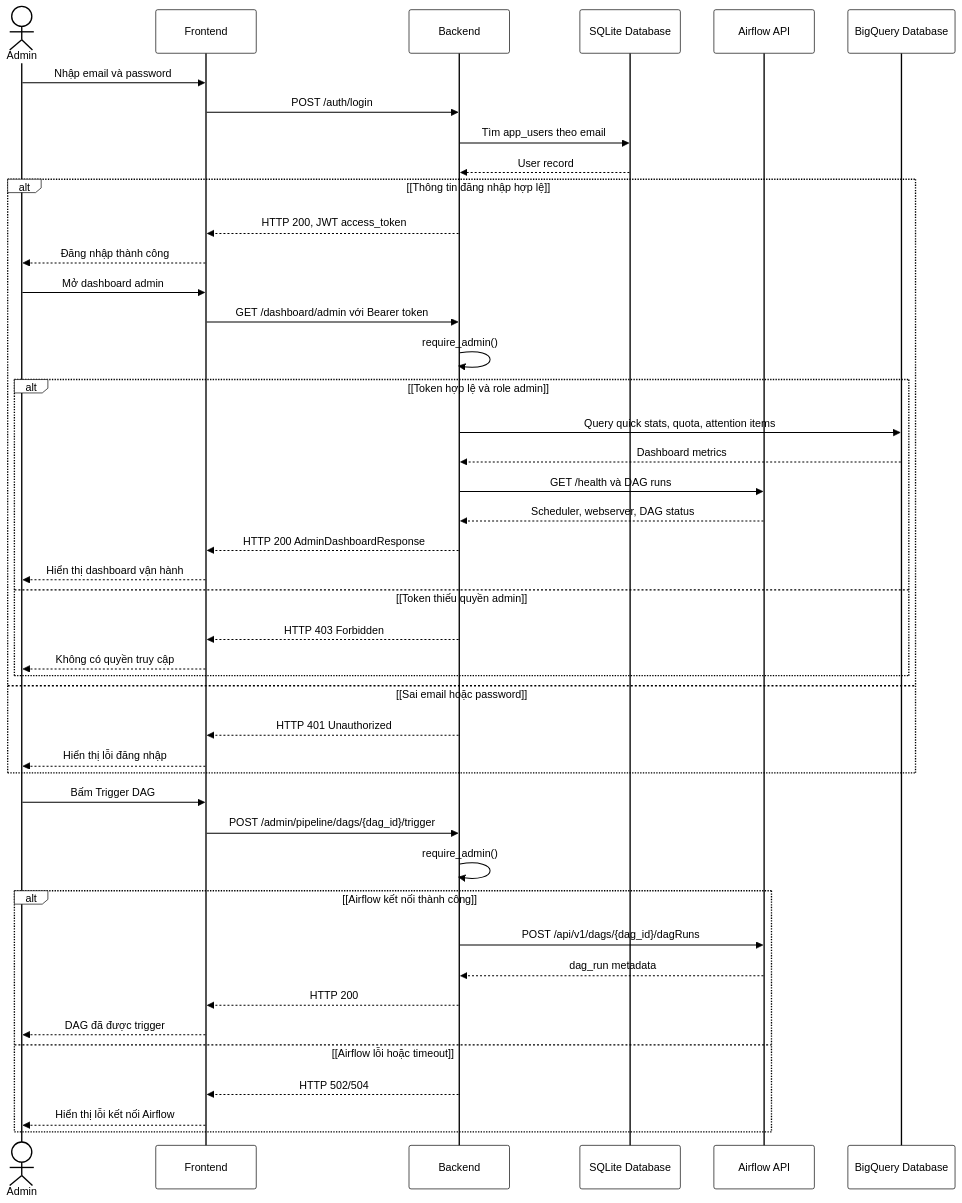
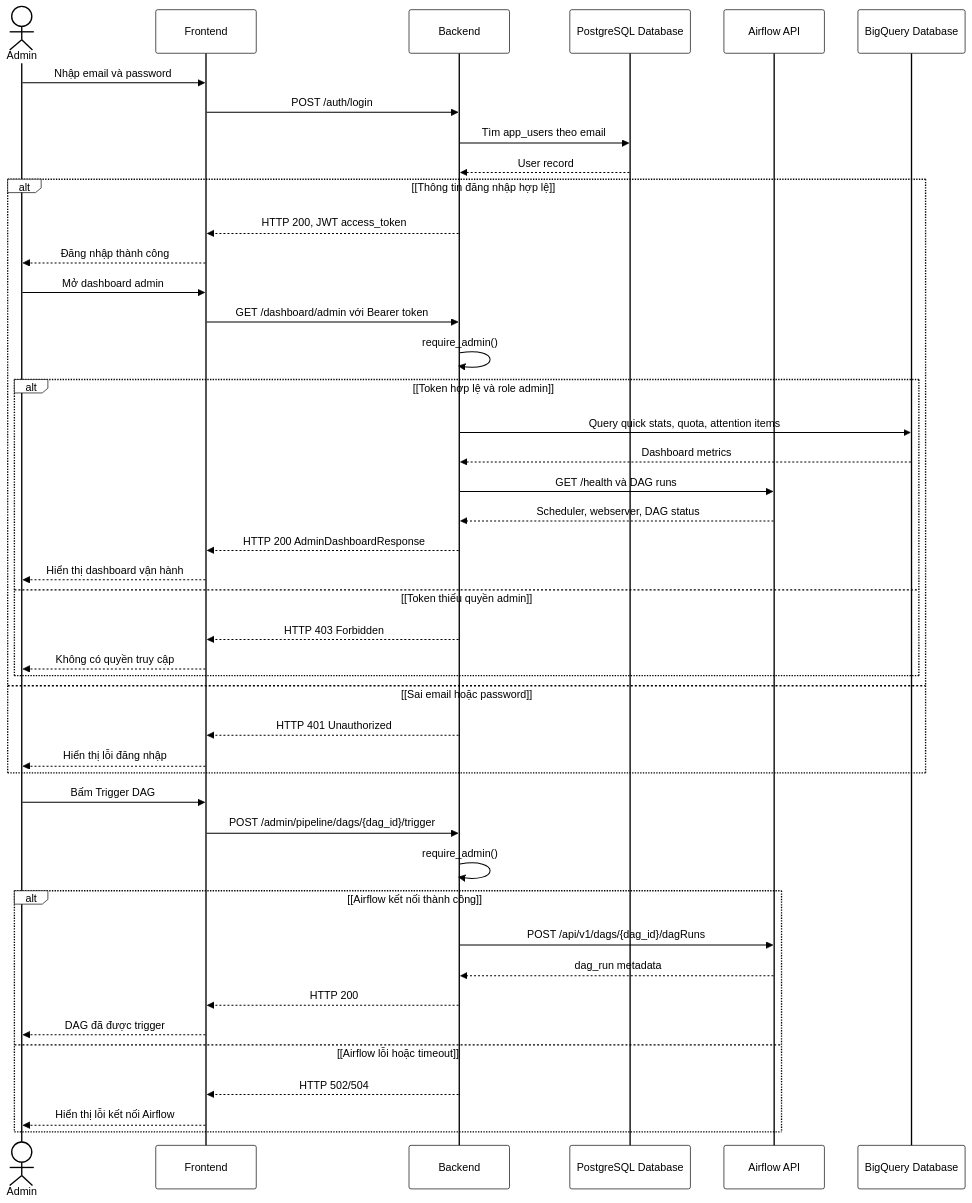
The tenth of 11 diagrams in docs/sequence-diagrams.md (Kama-khoa/Social_media_sentiment_pipeline), drawn with Mermaid before and after one commit. The commit also changed 32 other files, not shown here.

````diff
--- a/docs/sequence-diagrams.md
+++ b/docs/sequence-diagrams.md
@@ -478,52 +478,52 @@
 ```mermaid
 %%{init: {"theme": "base", "themeVariables": {"background": "#ffffff", "primaryColor": "#ffffff", "primaryBorderColor": "#000000", "primaryTextColor": "#000000", "lineColor": "#000000", "secondaryColor": "#ffffff", "tertiaryColor": "#ffffff", "actorBorder": "#000000", "actorTextColor": "#000000", "signalColor": "#000000", "signalTextColor": "#000000", "noteBkgColor": "#ffffff", "noteTextColor": "#000000", "noteBorderColor": "#000000", "activationBorderColor": "#000000", "activationBkgColor": "#ffffff"}}}%%
 sequenceDiagram
     actor Admin as Admin
     participant FE as Frontend
     participant BE as Backend
-    participant LocalDB as SQLite Database
+    participant PostgresDB as PostgreSQL Database
     participant Airflow as Airflow API
     participant DB as BigQuery Database
 
     Admin->>FE: Nhập email và password
     FE->>BE: POST /auth/login
-    BE->>LocalDB: Tìm app_users theo email
-    LocalDB-->>BE: User record
+    BE->>PostgresDB: Tìm app_users theo email
+    PostgresDB-->>BE: User record
 
     alt [Thông tin đăng nhập hợp lệ]
         BE-->>FE: HTTP 200, JWT access_token
         FE-->>Admin: Đăng nhập thành công
         Admin->>FE: Mở dashboard admin
         FE->>BE: GET /dashboard/admin với Bearer token
         BE->>BE: require_admin()
 
         alt [Token hợp lệ và role admin]
             BE->>DB: Query quick stats, quota, attention items
             DB-->>BE: Dashboard metrics
             BE->>Airflow: GET /health và DAG runs
             Airflow-->>BE: Scheduler, webserver, DAG status
             BE-->>FE: HTTP 200 AdminDashboardResponse
             FE-->>Admin: Hiển thị dashboard vận hành
         else [Token thiếu quyền admin]
             BE-->>FE: HTTP 403 Forbidden
             FE-->>Admin: Không có quyền truy cập
         end
     else [Sai email hoặc password]
         BE-->>FE: HTTP 401 Unauthorized
         FE-->>Admin: Hiển thị lỗi đăng nhập
     end
 
     Admin->>FE: Bấm Trigger DAG
     FE->>BE: POST /admin/pipeline/dags/{dag_id}/trigger
     BE->>BE: require_admin()
 
     alt [Airflow kết nối thành công]
         BE->>Airflow: POST /api/v1/dags/{dag_id}/dagRuns
         Airflow-->>BE: dag_run metadata
         BE-->>FE: HTTP 200
         FE-->>Admin: DAG đã được trigger
     else [Airflow lỗi hoặc timeout]
         BE-->>FE: HTTP 502/504
         FE-->>Admin: Hiển thị lỗi kết nối Airflow
     end
 ```
````
